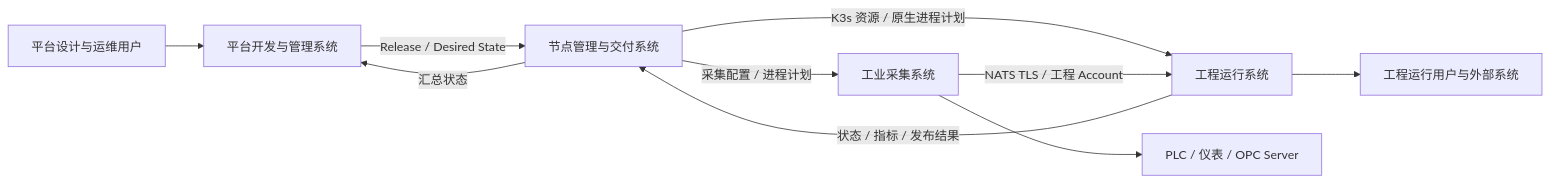
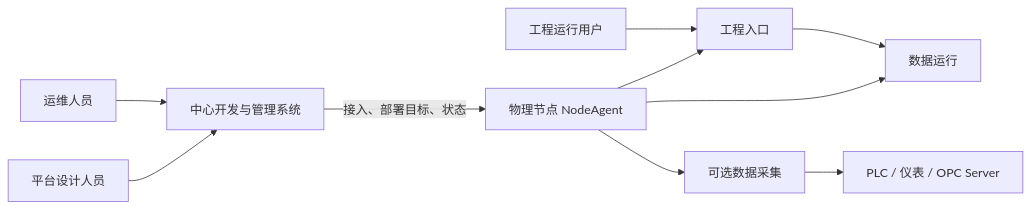
Before and after one commit to hsworld-top/InduForge: the first of 2 diagrams in docs/01-产品与架构/平台系统架构.md, drawn with Mermaid. The commit also changed other lines of this file and 9 other files, not shown here.

````diff
--- a/docs/01-产品与架构/平台系统架构.md
+++ b/docs/01-产品与架构/平台系统架构.md
@@ -47,12 +39,12 @@
 ```mermaid
 graph LR
-    User["平台设计与运维用户"] --> Center["平台开发与管理系统"]
-    Center -->|"Release / Desired State"| Delivery["节点管理与交付系统"]
-    Delivery -->|"K3s 资源 / 原生进程计划"| Runtime["工程运行系统"]
-    Delivery -->|"采集配置 / 进程计划"| Collection["工业采集系统"]
-    Collection -->|"NATS TLS / 工程 Account"| Runtime
-    Runtime -->|"状态 / 指标 / 发布结果"| Delivery
-    Delivery -->|"汇总状态"| Center
-    Collection --> Device["PLC / 仪表 / OPC Server"]
-    Runtime --> RuntimeUser["工程运行用户与外部系统"]
+    Designer["平台设计人员"] --> Center["中心开发与管理系统"]
+    Operator["运维人员"] --> Center
+    Center -->|"接入、部署目标、状态"| Agent["物理节点 NodeAgent"]
+    Agent --> Entry["工程入口"]
+    Agent --> Runtime["数据运行"]
+    Agent --> Collector["可选数据采集"]
+    Collector --> Device["PLC / 仪表 / OPC Server"]
+    RuntimeUser["工程运行用户"] --> Entry
+    Entry --> Runtime
 ```
````
